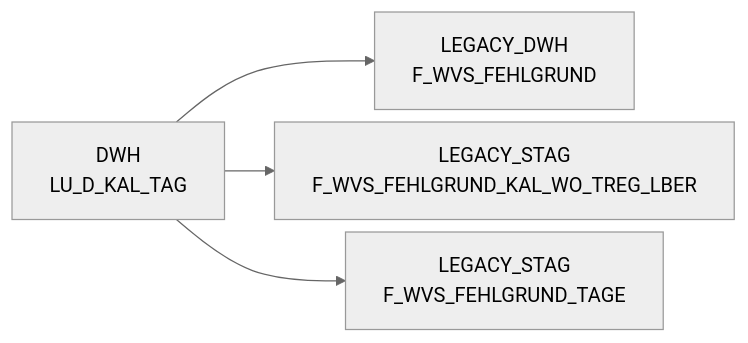
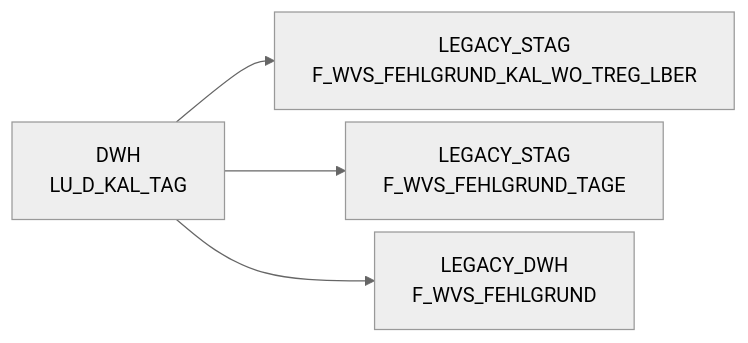
The diagram in docs/Tables/DWH/LU_D_KAL_TAG.md (integration-factory-de/sas_code_docs), drawn with Mermaid (neutral theme) before and after one commit. The commit also changed other lines of this file and 129 other files, not shown here.

````diff
--- a/docs/Tables/DWH/LU_D_KAL_TAG.md
+++ b/docs/Tables/DWH/LU_D_KAL_TAG.md
@@ -9,15 +19,15 @@
 ```mermaid
 %%{init: {'flowchart': { 'nodeSpacing': 10, 'rankSpacing': 40, 'rankdir': 'TB' }}}%%
 
 flowchart LR
 
-  DWH.LU_D_KAL_TAG["DWH<br/>LU_D_KAL_TAG"] --> LEGACY_DWH.F_WVS_FEHLGRUND["LEGACY_DWH<br/>F_WVS_FEHLGRUND"]
   DWH.LU_D_KAL_TAG["DWH<br/>LU_D_KAL_TAG"] --> LEGACY_STAG.F_WVS_FEHLGRUND_KAL_WO_TREG_LBER["LEGACY_STAG<br/>F_WVS_FEHLGRUND_KAL_WO_TREG_LBER"]
   DWH.LU_D_KAL_TAG["DWH<br/>LU_D_KAL_TAG"] --> LEGACY_STAG.F_WVS_FEHLGRUND_TAGE["LEGACY_STAG<br/>F_WVS_FEHLGRUND_TAGE"]
+  DWH.LU_D_KAL_TAG["DWH<br/>LU_D_KAL_TAG"] --> LEGACY_DWH.F_WVS_FEHLGRUND["LEGACY_DWH<br/>F_WVS_FEHLGRUND"]
   click DWH.LU_D_KAL_TAG "../../tables/DWH/LU_D_KAL_TAG"
   click DWH.LU_D_KAL_TAG "../../tables/DWH/LU_D_KAL_TAG"
   click DWH.LU_D_KAL_TAG "../../tables/DWH/LU_D_KAL_TAG"
-  click LEGACY_DWH.F_WVS_FEHLGRUND "../../tables/LEGACY_DWH/F_WVS_FEHLGRUND"
   click LEGACY_STAG.F_WVS_FEHLGRUND_KAL_WO_TREG_LBER "../../tables/LEGACY_STAG/F_WVS_FEHLGRUND_KAL_WO_TREG_LBER"
   click LEGACY_STAG.F_WVS_FEHLGRUND_TAGE "../../tables/LEGACY_STAG/F_WVS_FEHLGRUND_TAGE"
+  click LEGACY_DWH.F_WVS_FEHLGRUND "../../tables/LEGACY_DWH/F_WVS_FEHLGRUND"
 ```
````
